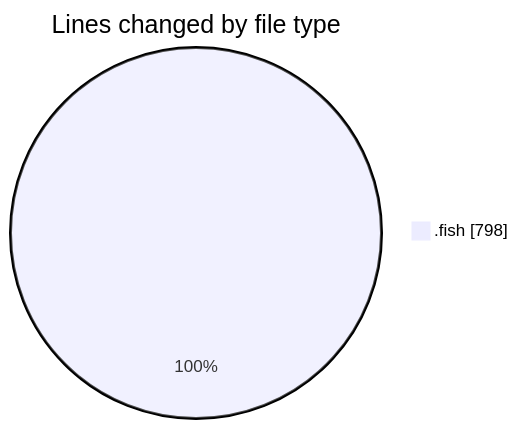
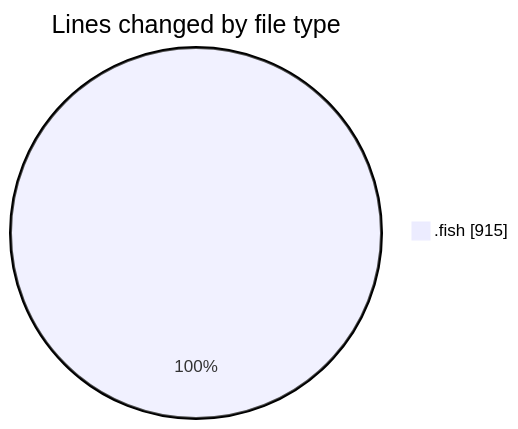
One commit to EIIisD/code-tracking changed the first of 2 diagrams in 2025-07-12/fish/README.md. Above: the diagram before and after it, drawn with Mermaid. The commit also changed other lines of this file and 1 other file, not shown here.

````diff
--- a/2025-07-12/fish/README.md
+++ b/2025-07-12/fish/README.md
@@ -21,5 +22,5 @@
 ```mermaid
 pie showData
 title Lines changed by file type
-".fish" : 798
+".fish" : 915
 ```
````
